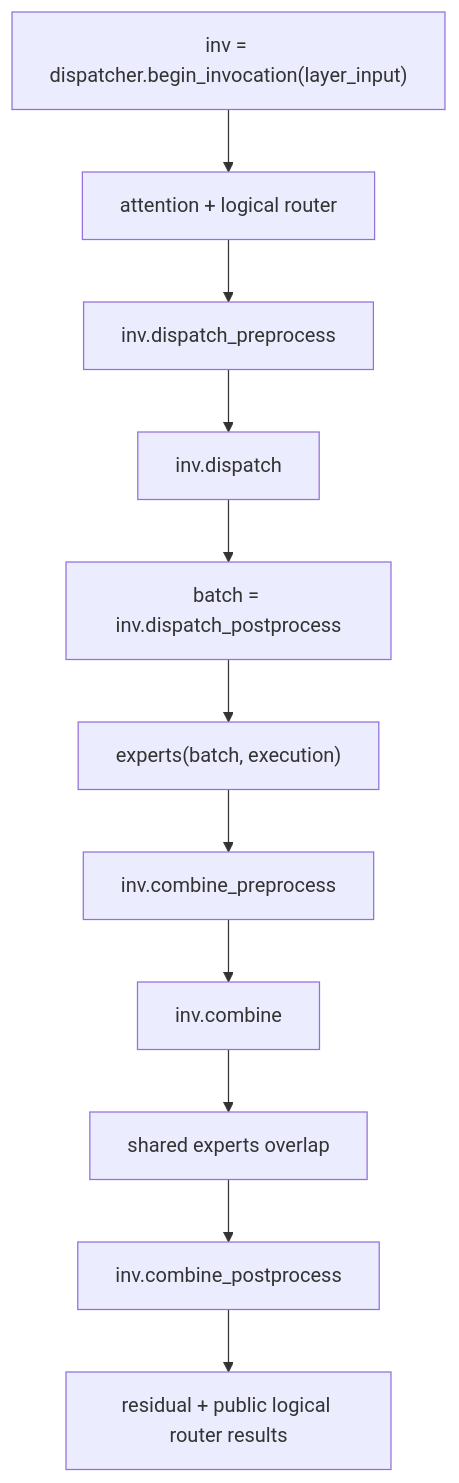
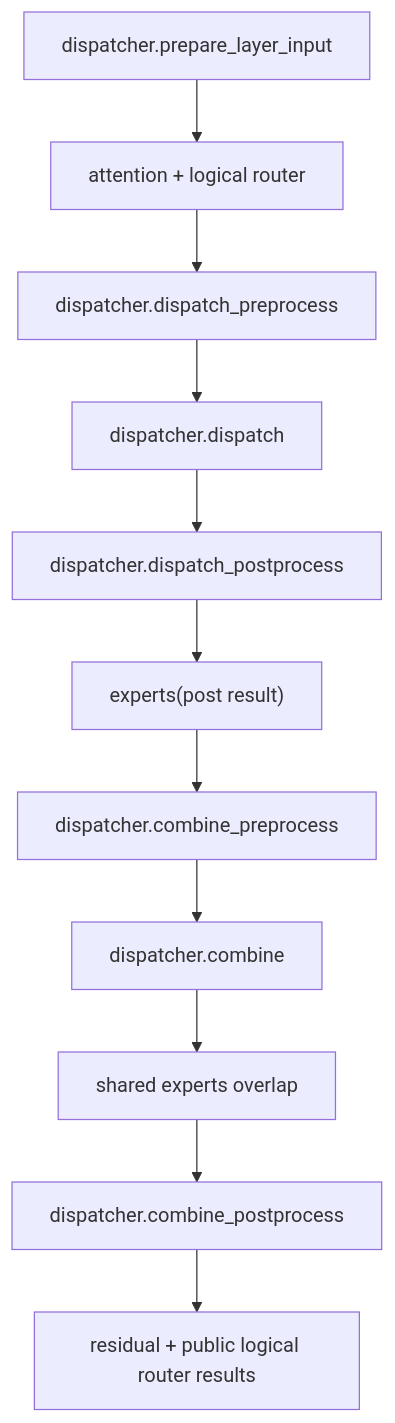
Before and after one commit to jayhenry/xtuner: the sixth of 7 diagrams in xtuner_ep_extend.md, drawn with Mermaid. The commit also changed other lines of this file and 1 other file, not shown here.

Commit message:
docs: simplify dynamic EP dispatcher integration

````diff
--- a/xtuner_ep_extend.md
+++ b/xtuner_ep_extend.md
@@ -435,13 +451,13 @@
 ```mermaid
 flowchart TD
-    A["inv = dispatcher.begin_invocation(layer_input)"] --> B["attention + logical router"]
-    B --> C["inv.dispatch_preprocess"]
-    C --> D["inv.dispatch"]
-    D --> E["batch = inv.dispatch_postprocess"]
-    E --> F["experts(batch, execution)"]
-    F --> G["inv.combine_preprocess"]
-    G --> H["inv.combine"]
+    A["dispatcher.prepare_layer_input"] --> B["attention + logical router"]
+    B --> C["dispatcher.dispatch_preprocess"]
+    C --> D["dispatcher.dispatch"]
+    D --> E["dispatcher.dispatch_postprocess"]
+    E --> F["experts(post result)"]
+    F --> G["dispatcher.combine_preprocess"]
+    G --> H["dispatcher.combine"]
     H --> I["shared experts overlap"]
-    I --> J["inv.combine_postprocess"]
+    I --> J["dispatcher.combine_postprocess"]
     J --> K["residual + public logical router results"]
 ```
````
